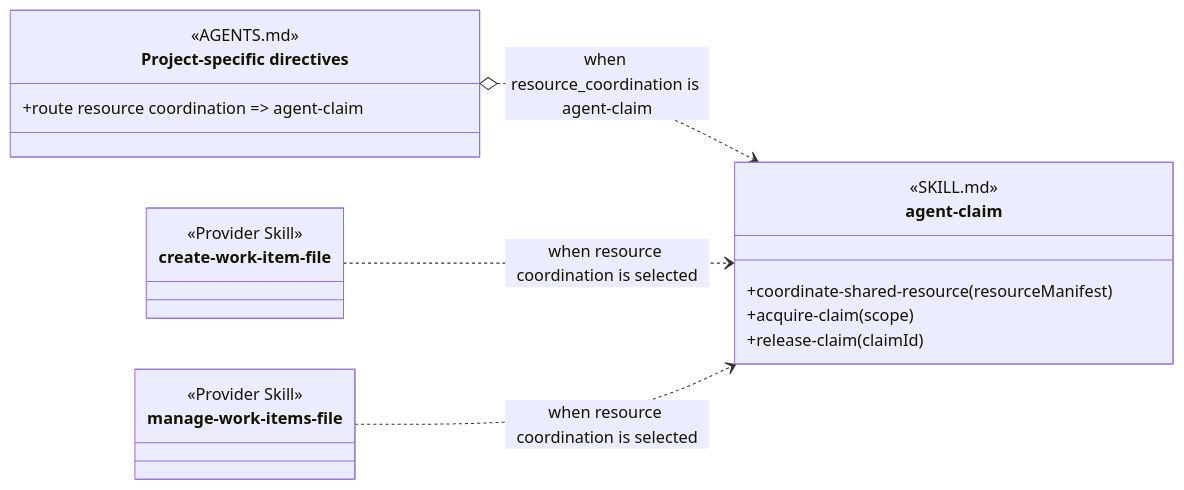
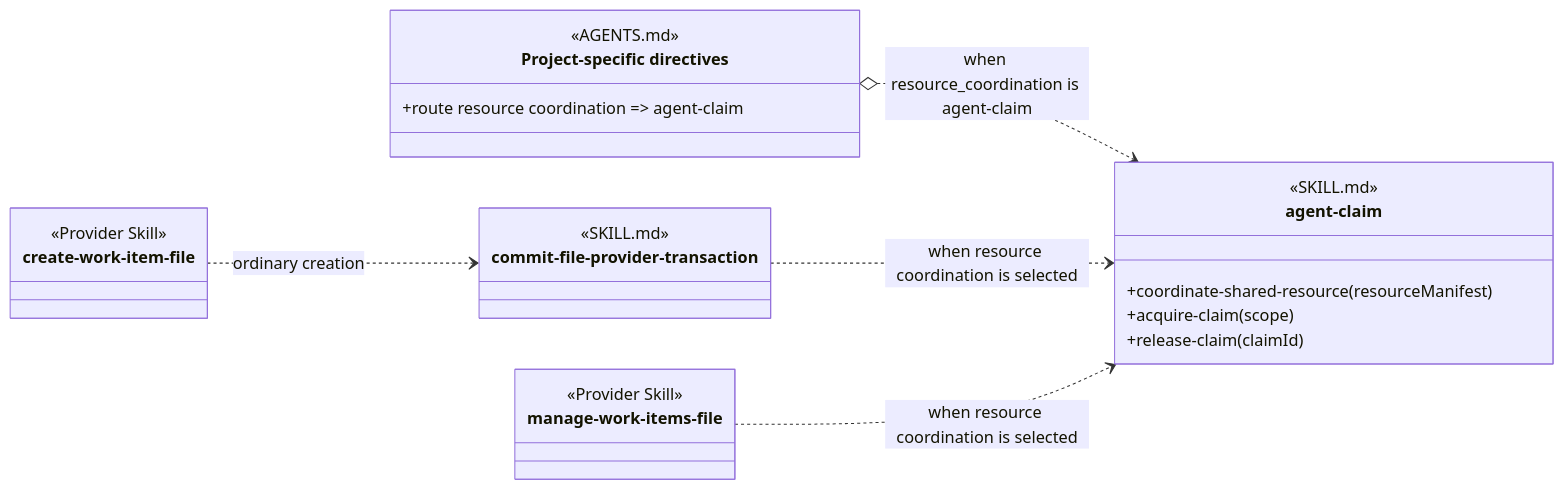
The fifth of 5 diagrams in design/skill-groups/backlog-management.md (martinbechard/dev-methodology), drawn with Mermaid before and after one commit. The commit also changed other lines of this file and 34 other files, not shown here.

````diff
--- a/design/skill-groups/backlog-management.md
+++ b/design/skill-groups/backlog-management.md
@@ -253,27 +269,31 @@
 ```mermaid
 classDiagram
     direction LR
 
     class create-work-item-file {
         <<Provider Skill>>
     }
     class manage-work-items-file {
         <<Provider Skill>>
+    }
+    class commit-file-provider-transaction {
+        <<SKILL.md>>
     }
     class ProjectSpecificDirectives["Project-specific directives"] {
         <<AGENTS.md>>
         <<routing>>
         +route resource coordination => agent-claim
     }
     class agent-claim {
         <<SKILL.md>>
         <<Cross-group>>
         +coordinate-shared-resource(resourceManifest)
         +acquire-claim(scope)
         +release-claim(claimId)
     }
 
     ProjectSpecificDirectives o..> agent-claim : when resource_coordination is agent-claim
-    create-work-item-file ..> agent-claim : when resource coordination is selected
+    create-work-item-file ..> commit-file-provider-transaction : ordinary creation
+    commit-file-provider-transaction ..> agent-claim : when resource coordination is selected
     manage-work-items-file ..> agent-claim : when resource coordination is selected
 ```
````
